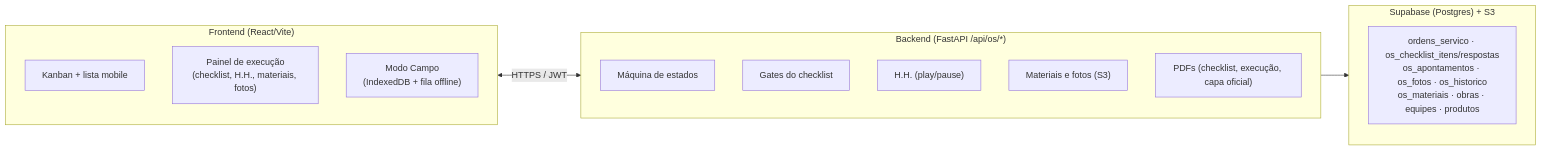
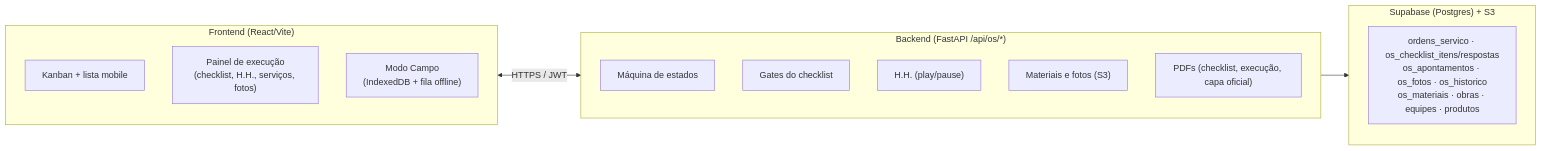
The first of 4 diagrams in DIAGRAMA_OS.md (Edenir-Munaretto/App_Munaretto), drawn with Mermaid before and after one commit. The commit also changed other lines of this file and 3 other files, not shown here.

````diff
--- a/DIAGRAMA_OS.md
+++ b/DIAGRAMA_OS.md
@@ -11,23 +11,23 @@
 ```mermaid
 flowchart LR
     subgraph Frontend["Frontend (React/Vite)"]
         Kanban["Kanban + lista mobile"]
-        Painel["Painel de execução<br/>(checklist, H.H., materiais, fotos)"]
+        Painel["Painel de execução<br/>(checklist, H.H., serviços, fotos)"]
         Campo["Modo Campo<br/>(IndexedDB + fila offline)"]
     end
 
     subgraph Backend["Backend (FastAPI /api/os/*)"]
         Estados["Máquina de estados"]
         Gates["Gates do checklist"]
         HH["H.H. (play/pause)"]
         Fotos["Materiais e fotos (S3)"]
         PDF["PDFs (checklist, execução, capa oficial)"]
     end
 
     subgraph Dados["Supabase (Postgres) + S3"]
         Tabelas["ordens_servico · os_checklist_itens/respostas<br/>os_apontamentos · os_fotos · os_historico<br/>os_materiais · obras · equipes · produtos"]
     end
 
     Frontend <-->|"HTTPS / JWT"| Backend
     Backend --> Dados
 ```
````
